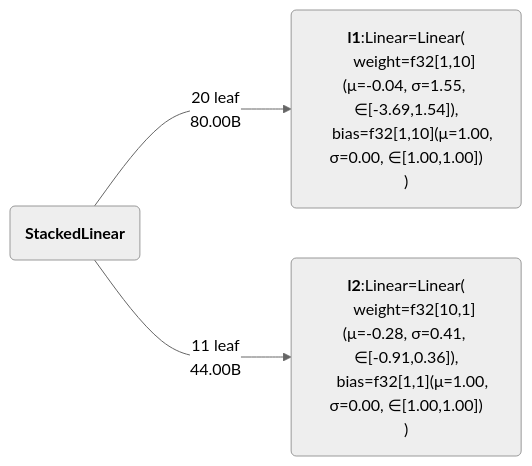
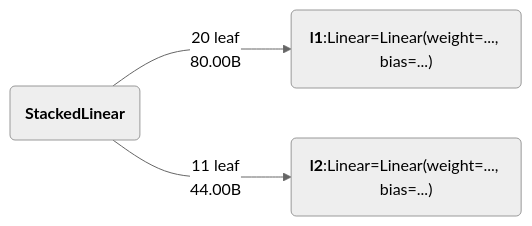
One commit to ASEM000/pytreeclass changed the second of 2 diagrams in README.md. Above: the diagram before and after it, drawn with Mermaid (neutral theme). The commit also changed other lines of this file and 4 other files, not shown here.

````diff
--- a/README.md
+++ b/README.md
@@ -219,12 +212,6 @@
 ```mermaid
 flowchart LR
     id15696277213149321320(<b>StackedLinear</b>)
-    id15696277213149321320--->|"20 leaf<br>80.00B"|id10921451029673043053("<b>l1</b>:Linear=Linear(
-    weight=f32[1,10](μ=-0.04, σ=1.55, ∈[-3.69,1.54]),
-    bias=f32[1,10](μ=1.00, σ=0.00, ∈[1.00,1.00])
-)")
-    id15696277213149321320--->|"11 leaf<br>44.00B"|id1737644014573985902("<b>l2</b>:Linear=Linear(
-    weight=f32[10,1](μ=-0.28, σ=0.41, ∈[-0.91,0.36]),
-    bias=f32[1,1](μ=1.00, σ=0.00, ∈[1.00,1.00])
-)")
+    id15696277213149321320--->|"20 leaf<br>80.00B"|id4205845433746830897("<b>l1</b>:Linear=Linear(weight=..., bias=...)")
+    id15696277213149321320--->|"11 leaf<br>44.00B"|id4682191244783855647("<b>l2</b>:Linear=Linear(weight=..., bias=...)")
 ```
````
